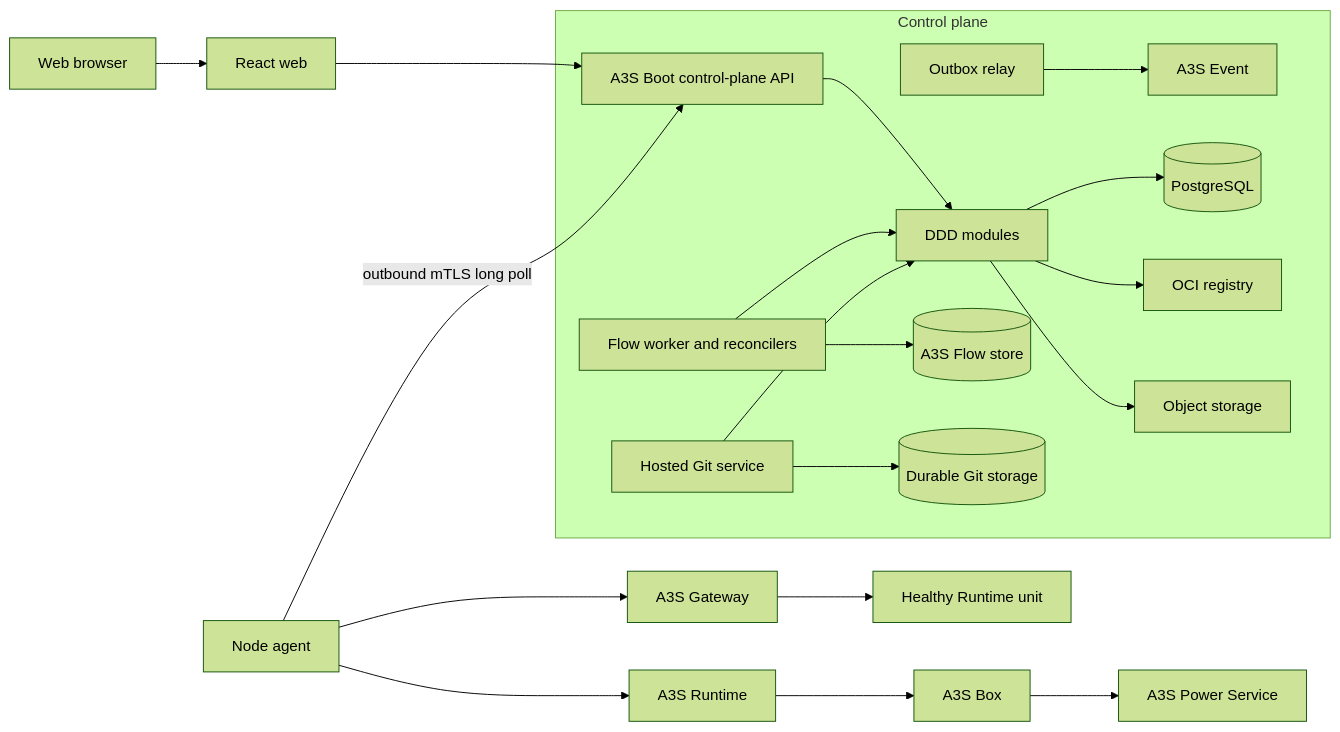
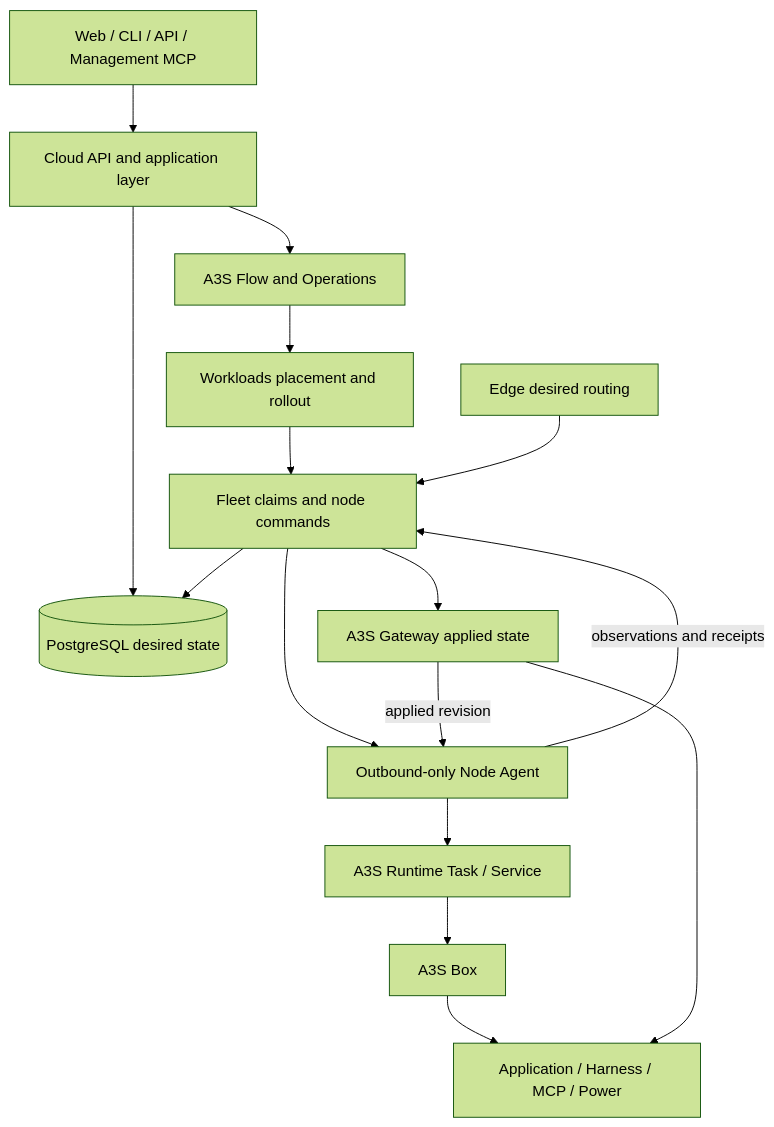
Before and after one commit to A3S-Lab/Cloud: the diagram in docs/architecture.md, drawn with Mermaid (forest theme). The commit also changed other lines of this file and 5 other files, not shown here.

Commit message:
docs(architecture): define native agent platform topology

````diff
--- a/docs/architecture.md
+++ b/docs/architecture.md
@@ -165,24 +134,31 @@
 ```mermaid
-flowchart LR
-    browser[Web browser] --> web[React web]
-    web --> api[A3S Boot control-plane API]
+flowchart TB
+    Client[Web / CLI / API / Management MCP]
+    API[Cloud API and application layer]
+    DB[(PostgreSQL desired state)]
+    Flow[A3S Flow and Operations]
+    Workloads[Workloads placement and rollout]
+    Fleet[Fleet claims and node commands]
+    Agent[Outbound-only Node Agent]
+    Runtime[A3S Runtime Task / Service]
+    Box[A3S Box]
+    Payload[Application / Harness / MCP / Power]
+    Edge[Edge desired routing]
+    Gateway[A3S Gateway applied state]
 
-    subgraph control[Control plane]
-      api --> modules[DDD modules]
-      worker[Flow worker and reconcilers] --> modules
-      relay[Outbox relay] --> event[A3S Event]
-      modules --> pg[(PostgreSQL)]
-      worker --> flow[(A3S Flow store)]
-      modules --> registry[OCI registry]
-      modules --> objects[Object storage]
-      git[Hosted Git service] --> gitstore[(Durable Git storage)]
-      git --> modules
-    end
-
-    agent[Node agent] -- outbound mTLS long poll --> api
-    agent --> runtime[A3S Runtime]
-    runtime --> box[A3S Box]
-    box --> power[A3S Power Service]
-    agent --> gateway[A3S Gateway]
-    gateway --> workload[Healthy Runtime unit]
+    Client --> API
+    API --> DB
+    API --> Flow
+    Flow --> Workloads
+    Workloads --> Fleet
+    Fleet --> Agent
+    Agent --> Runtime
+    Runtime --> Box
+    Box --> Payload
+    Edge --> Fleet
+    Fleet --> Gateway
+    Gateway --> Payload
+    Agent -->|observations and receipts| Fleet
+    Fleet --> DB
+    Gateway -->|applied revision| Agent
 ```
````
